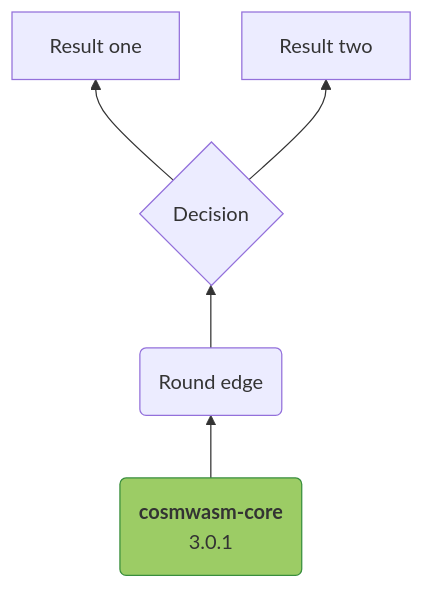
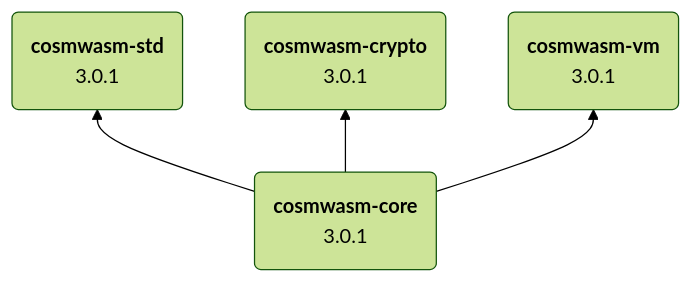
One commit to DariuszDepta/cosmwasm-notes changed the diagram in dependencies/README.md. Above: the diagram before and after it, drawn with Mermaid.

````diff
--- a/dependencies/README.md
+++ b/dependencies/README.md
@@ -3,13 +3,23 @@
 ```mermaid
+---
+config:
+  theme: 'forest'
+---
+
 flowchart BT
     A("`**cosmwasm-core**
-        3.0.1`"):::someclass 
+        3.0.1`")
         
-    A --> B(Round edge)
+    B("`**cosmwasm-std**
+        3.0.1`")
+            
+    C("`**cosmwasm-crypto**
+        3.0.1`")
+        
+    D("`**cosmwasm-vm**
+        3.0.1`")    
     
-    B --> C{Decision}
-    C --> D[Result one]
-    C --> E[Result two]
-    
-    style A fill:#9ccc65,stroke:#388e3c
+    A --> B
+    A --> C
+    A --> D
 ```
````
